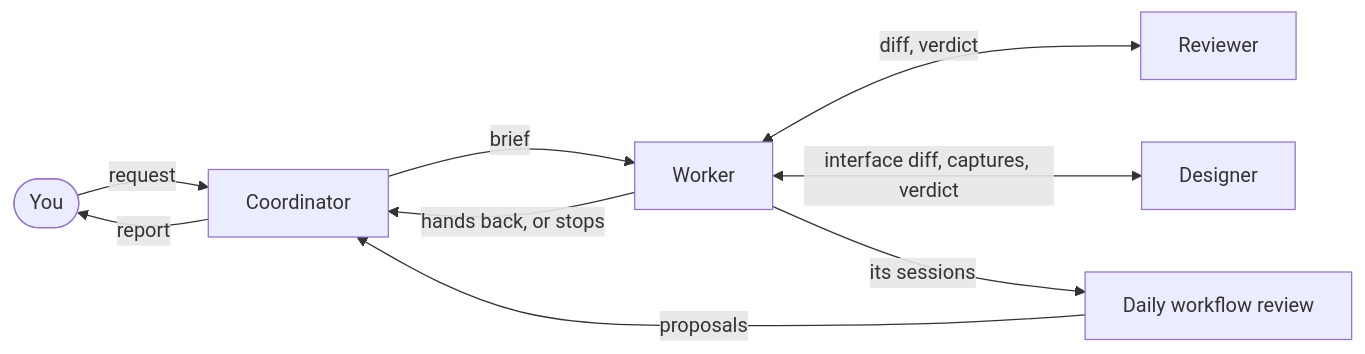
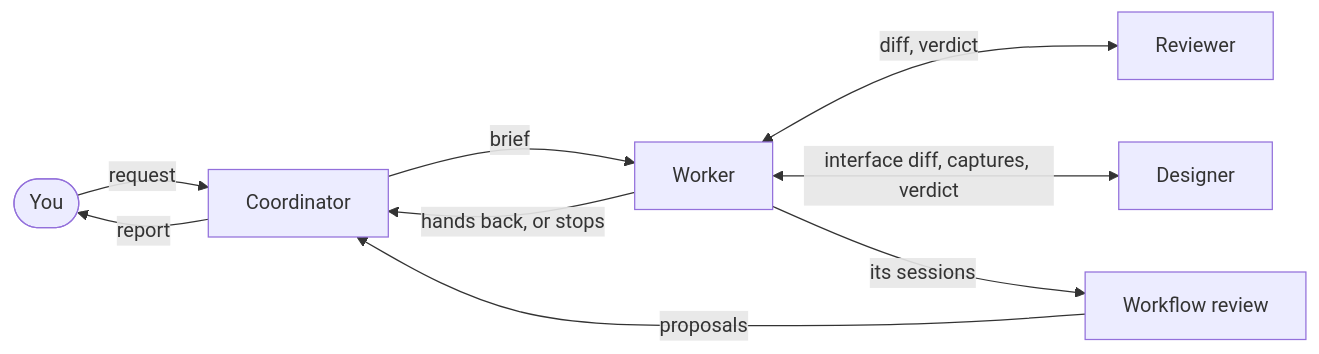
Before and after one commit to cniska/agent-skills: the diagram in README.md, drawn with Mermaid. The commit also changed 5 other files, not shown here.

Commit message:
refactor: workflow-review over weeks, whole skill

````diff
--- a/README.md
+++ b/README.md
@@ -27,11 +27,11 @@
 ```mermaid
 flowchart LR
   you(["You"]) -- "request" --> coord["Coordinator"]
   coord -- "brief" --> worker["Worker"]
   worker <-- "diff, verdict" --> reviewer["Reviewer"]
   worker <-- "interface diff, captures, verdict" --> designer["Designer"]
   worker -- "hands back, or stops" --> coord
-  worker -- "its sessions" --> review["Daily workflow review"]
+  worker -- "its sessions" --> review["Workflow review"]
   review -- "proposals" --> coord
   coord -- "report" --> you
 ```
````
